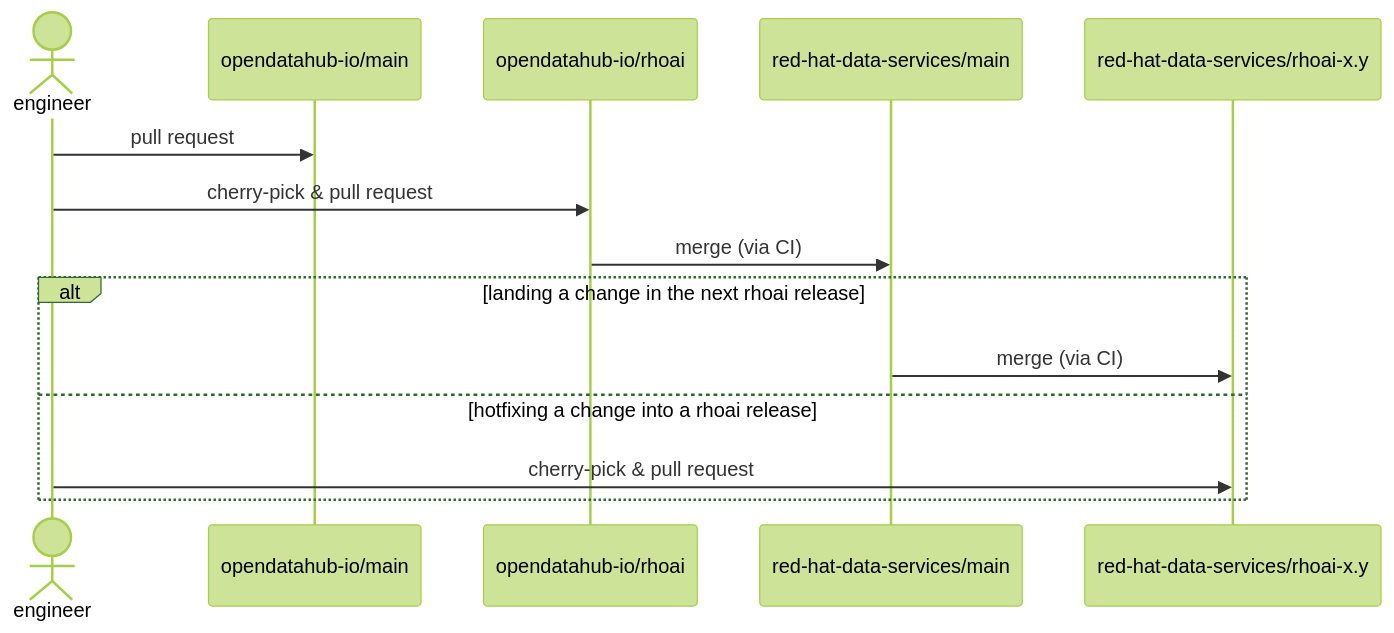
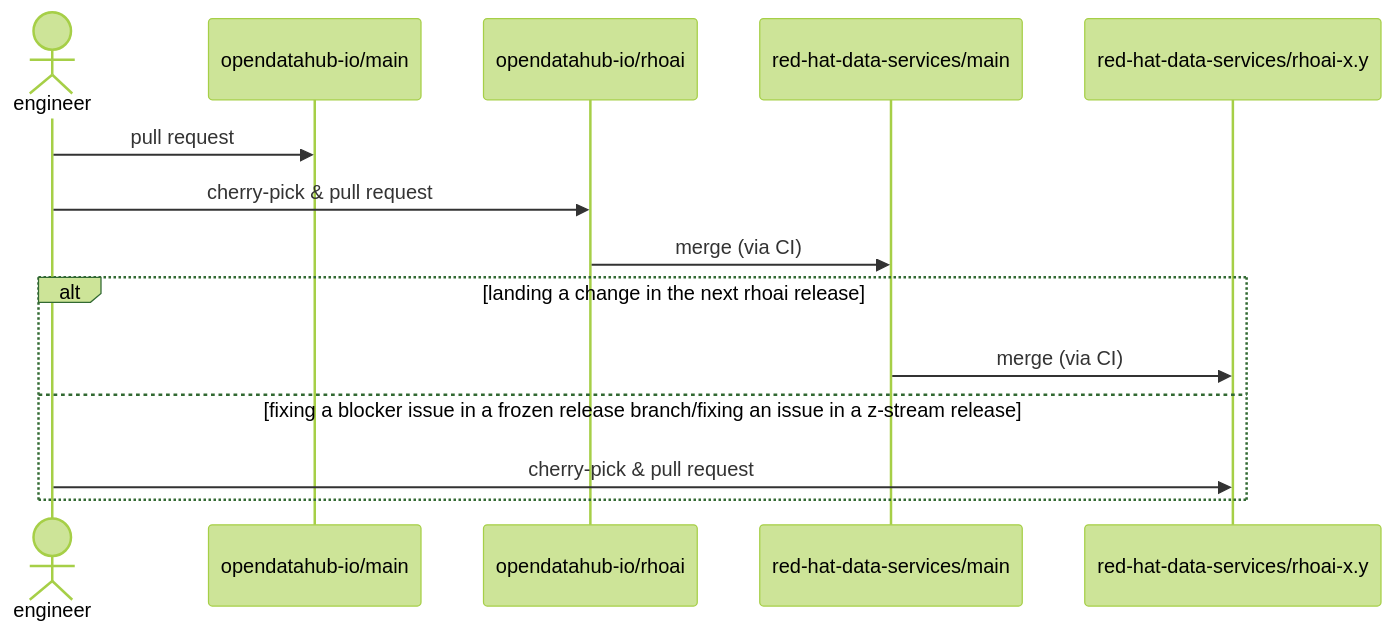
Before and after one commit to opendatahub-io/opendatahub-operator: the second of 2 diagrams in docs/sync_code.md, drawn with Mermaid (forest theme). The commit also changed other lines of this file, not shown here.

Commit message:
Mention frozen release branch and z-streams

````diff
--- a/docs/sync_code.md
+++ b/docs/sync_code.md
@@ -44,17 +44,17 @@
 ```mermaid
 sequenceDiagram
     actor engineer
     participant main as opendatahub-io/main
     participant rhoai as opendatahub-io/rhoai
     participant rhds as red-hat-data-services/main
     participant rhoaixy as red-hat-data-services/rhoai-x.y
 
     engineer ->> main: pull request
     engineer ->> rhoai: cherry-pick & pull request
     rhoai ->> rhds: merge (via CI)
 alt landing a change in the next rhoai release
     rhds ->> rhoaixy: merge (via CI)
-else hotfixing a change into a rhoai release
+else fixing a blocker issue in a frozen release branch/fixing an issue in a z-stream release
     engineer ->> rhoaixy: cherry-pick & pull request
 end
 ```
````
